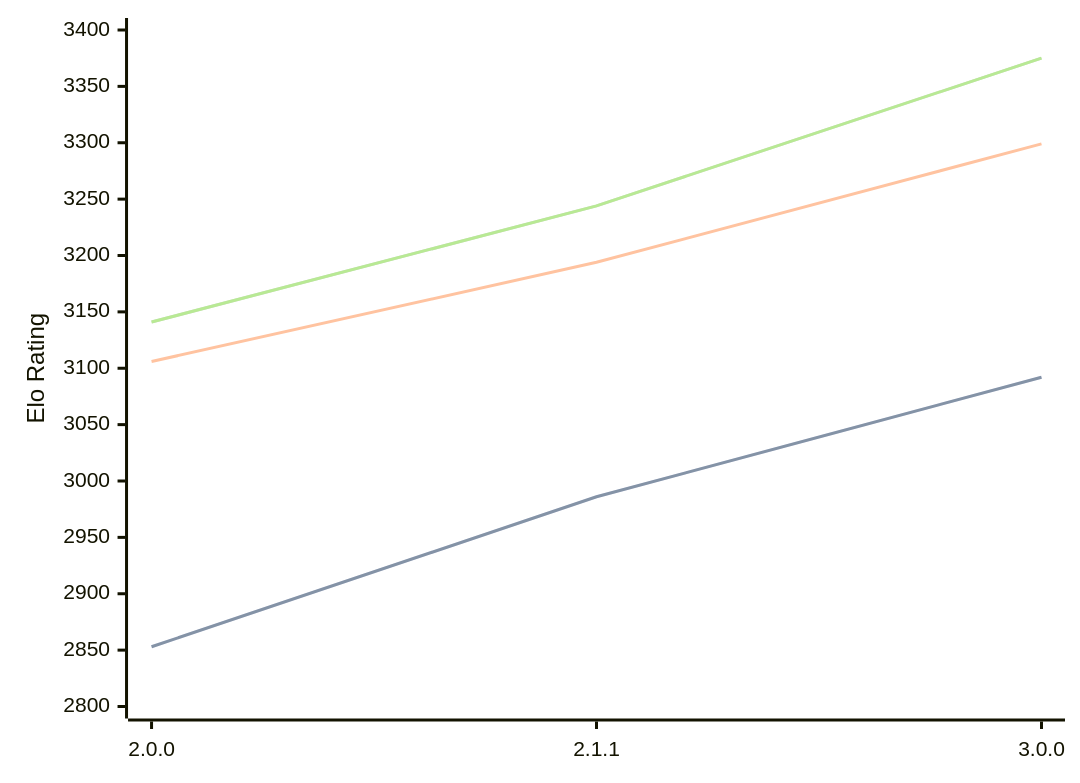
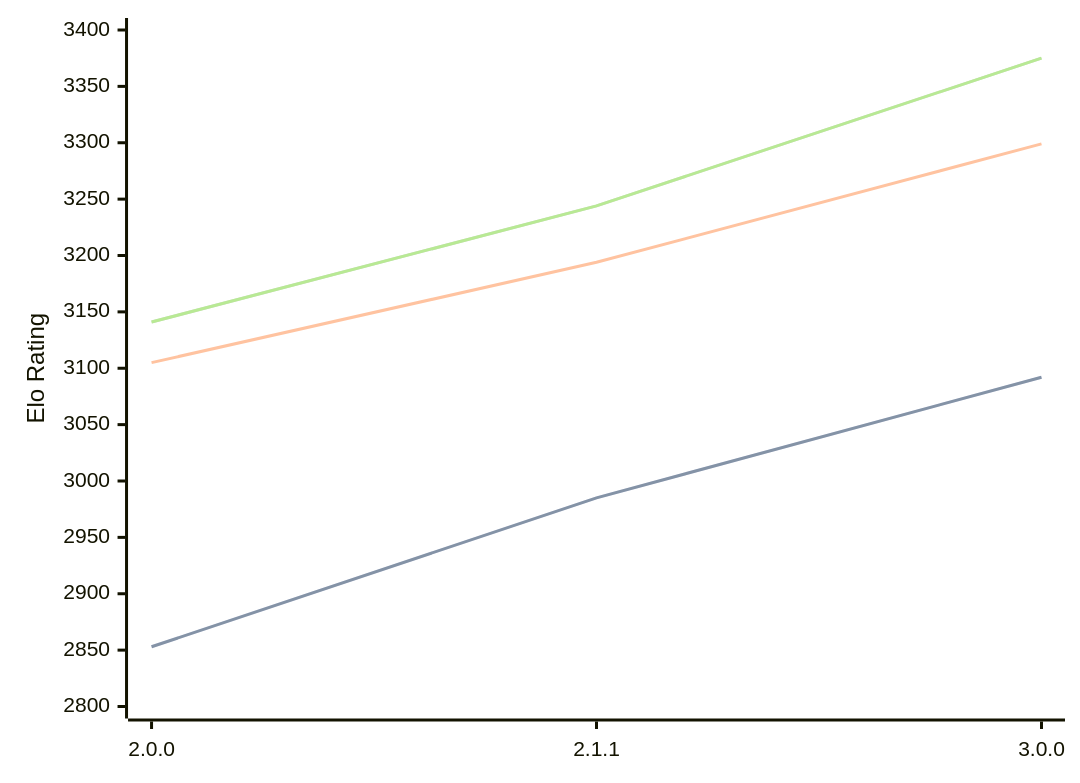
One commit to computer-chess-index/cci changed the diagram in engines/Bread.md. Above: the diagram before and after it, drawn with Mermaid. The commit also changed other lines of this file, not shown here.

````diff
--- a/engines/Bread.md
+++ b/engines/Bread.md
@@ -53,11 +53,11 @@
 ```mermaid
 %%{init: {"theme":"base","themeVariables":{"seriesColors:['#a3a3a3','#222221','#faa371']}}}%%
 xychart-beta
   x-axis ["2.0.0", "2.1.1", "3.0.0"]
   y-axis "Elo Rating" 2800 --> 3400
-  line "STC (8.0+0.08s)" [2853, 2986, 3092]
-  line "STC (8.0+0.08s)" [2853, 2986, 3092]
-  line "LTC (60.0+0.60s)" [3106, 3194, 3299]
+  line "STC (8.0+0.08s)" [2853, 2985, 3092]
+  line "STC (8.0+0.08s)" [2853, 2985, 3092]
+  line "LTC (60.0+0.60s)" [3105, 3194, 3299]
   line "VLTC (2m24s+1.12s)" [3141, 3244, 3375]
   line "VLTC (2m24s+1.12s)" [3141, 3244, 3375]
 ```
````
